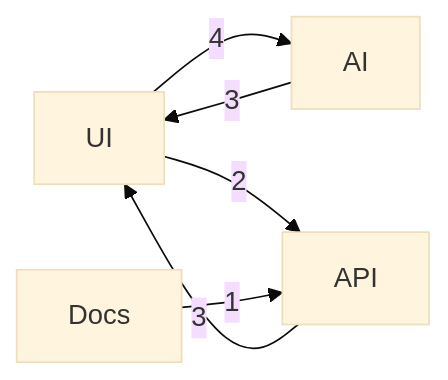
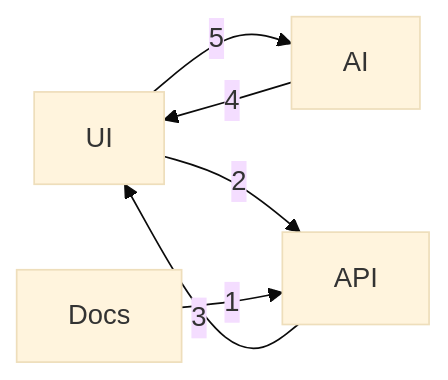
Before and after one commit to DeepExtrema/deepextrema: the diagram in README.md, drawn with Mermaid (base theme). The commit also changed other lines of this file and 4 other files, not shown here.

````diff
--- a/README.md
+++ b/README.md
@@ -221,8 +221,8 @@
 ```mermaid
 graph LR
-    UI -->|4| AI
+    UI -->|5| AI
+    AI -->|4| UI
     API -->|3| UI
-    AI -->|3| UI
     UI -->|2| API
     Docs -->|1| API
 ```
````
